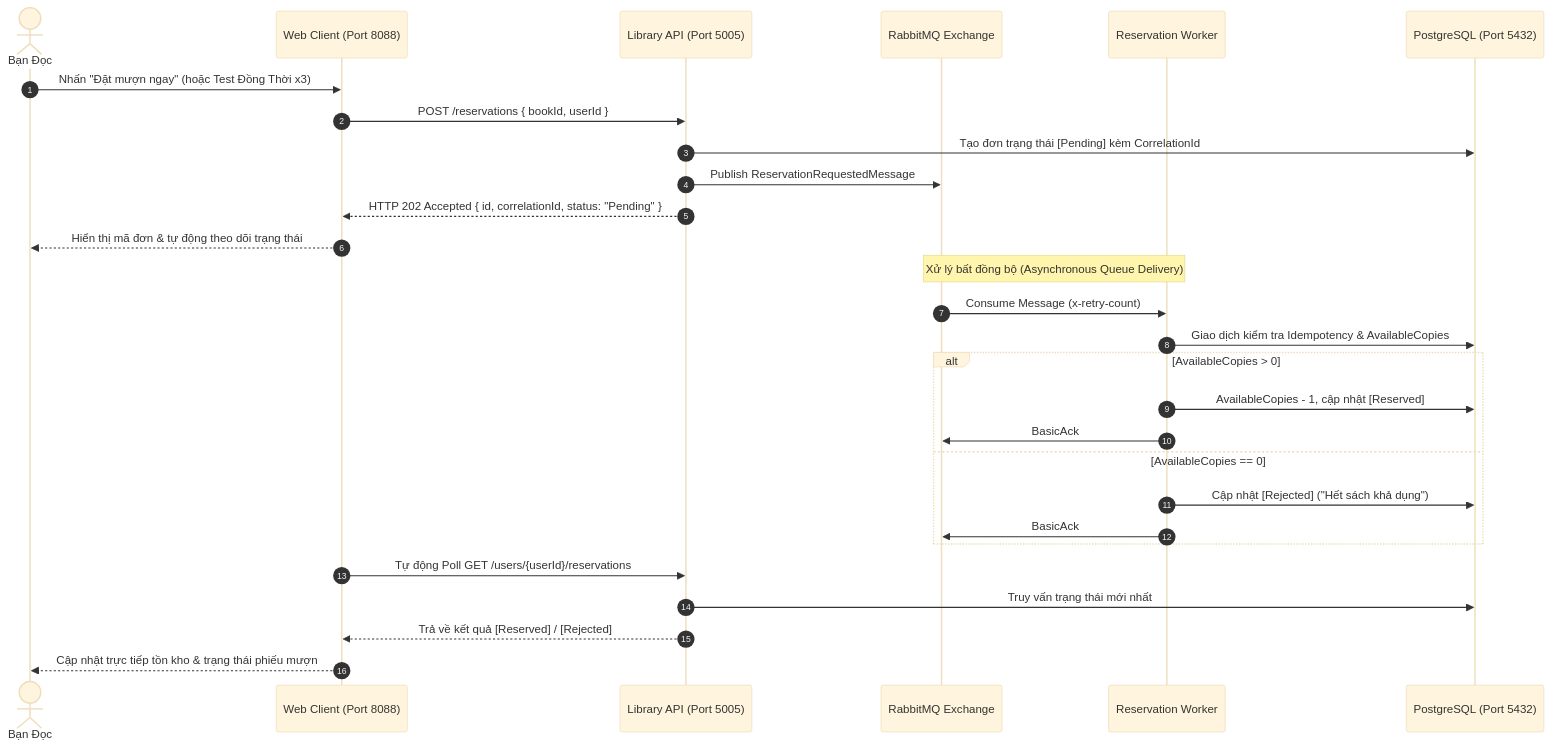
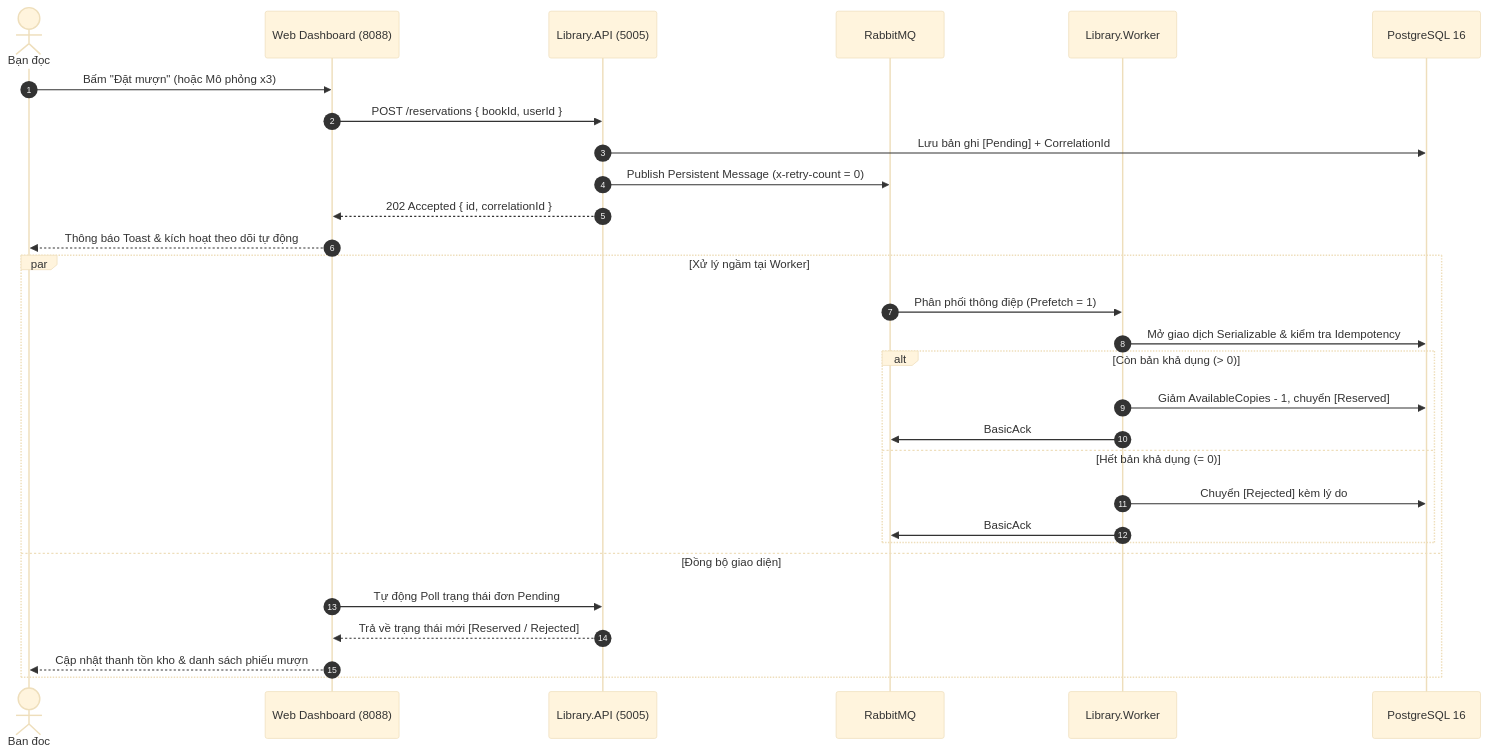
Before and after one commit to azmedia2006/distributed-library-reservation-v2: the third of 3 diagrams in README.md, drawn with Mermaid (base theme). The commit also changed other lines of this file and 1 other file, not shown here.

Commit message:
ui,docs: redesign Web Dashboard with sleek minimalist SaaS UI and revamp GitHub README layout

````diff
--- a/README.md
+++ b/README.md
@@ -87,33 +129,33 @@
 ```mermaid
 sequenceDiagram
     autonumber
-    actor User as Bạn Đọc
-    participant Web as Web Client (Port 8088)
-    participant API as Library API (Port 5005)
-    participant RMQ as RabbitMQ Exchange
-    participant Worker as Reservation Worker
-    participant DB as PostgreSQL (Port 5432)
+    actor Reader as Bạn đọc
+    participant UI as Web Dashboard (8088)
+    participant API as Library.API (5005)
+    participant MQ as RabbitMQ
+    participant WK as Library.Worker
+    participant PG as PostgreSQL 16
 
-    User->>Web: Nhấn "Đặt mượn ngay" (hoặc Test Đồng Thời x3)
-    Web->>API: POST /reservations { bookId, userId }
-    API->>DB: Tạo đơn trạng thái [Pending] kèm CorrelationId
-    API->>RMQ: Publish ReservationRequestedMessage
-    API-->>Web: HTTP 202 Accepted { id, correlationId, status: "Pending" }
-    Web-->>User: Hiển thị mã đơn & tự động theo dõi trạng thái
+    Reader->>UI: Bấm "Đặt mượn" (hoặc Mô phỏng x3)
+    UI->>API: POST /reservations { bookId, userId }
+    API->>PG: Lưu bản ghi [Pending] + CorrelationId
+    API->>MQ: Publish Persistent Message (x-retry-count = 0)
+    API-->>UI: 202 Accepted { id, correlationId }
+    UI-->>Reader: Thông báo Toast & kích hoạt theo dõi tự động
 
-    Note over RMQ,Worker: Xử lý bất đồng bộ (Asynchronous Queue Delivery)
-    RMQ->>Worker: Consume Message (x-retry-count)
-    Worker->>DB: Giao dịch kiểm tra Idempotency & AvailableCopies
-    alt AvailableCopies > 0
-        Worker->>DB: AvailableCopies - 1, cập nhật [Reserved]
-        Worker->>RMQ: BasicAck
-    else AvailableCopies == 0
-        Worker->>DB: Cập nhật [Rejected] ("Hết sách khả dụng")
-        Worker->>RMQ: BasicAck
+    par Xử lý ngầm tại Worker
+        MQ->>WK: Phân phối thông điệp (Prefetch = 1)
+        WK->>PG: Mở giao dịch Serializable & kiểm tra Idempotency
+        alt Còn bản khả dụng (> 0)
+            WK->>PG: Giảm AvailableCopies - 1, chuyển [Reserved]
+            WK->>MQ: BasicAck
+        else Hết bản khả dụng (= 0)
+            WK->>PG: Chuyển [Rejected] kèm lý do
+            WK->>MQ: BasicAck
+        end
+    and Đồng bộ giao diện
+        UI->>API: Tự động Poll trạng thái đơn Pending
+        API-->>UI: Trả về trạng thái mới [Reserved / Rejected]
+        UI-->>Reader: Cập nhật thanh tồn kho & danh sách phiếu mượn
     end
-
-    Web->>API: Tự động Poll GET /users/{userId}/reservations
-    API->>DB: Truy vấn trạng thái mới nhất
-    API-->>Web: Trả về kết quả [Reserved] / [Rejected]
-    Web-->>User: Cập nhật trực tiếp tồn kho & trạng thái phiếu mượn
 ```
````
